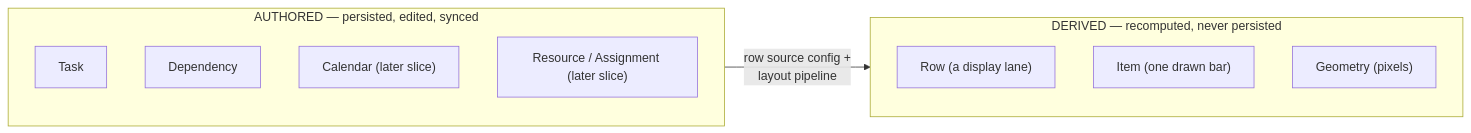
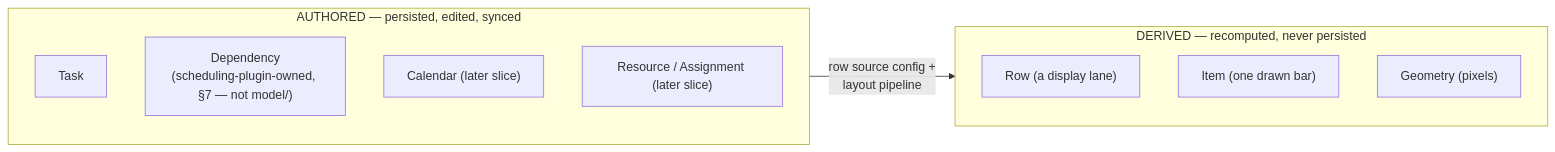
Before and after one commit to freegantt/freegantt: the second of 6 diagrams in plans/01-domain-architecture.md, drawn with Mermaid. The commit also changed other lines of this file and 9 other files, not shown here.

First line of the commit message:
Scheduling is a plugin, not a core layer (#18)

````diff
--- a/plans/01-domain-architecture.md
+++ b/plans/01-domain-architecture.md
@@ -93,19 +94,19 @@
 ```mermaid
 flowchart LR
   subgraph authored["AUTHORED — persisted, edited, synced"]
     direction TB
     T["Task"]
-    DEP["Dependency"]
+    DEP["Dependency<br/>(scheduling-plugin-owned, §7 — not model/)"]
     CAL["Calendar (later slice)"]
     RES["Resource / Assignment (later slice)"]
   end
 
   subgraph derived["DERIVED — recomputed, never persisted"]
     direction TB
     ROW["Row (a display lane)"]
     ITEM["Item (one drawn bar)"]
     GEO["Geometry (pixels)"]
   end
 
   authored -->|"row source config +<br/>layout pipeline"| derived
 ```
````
